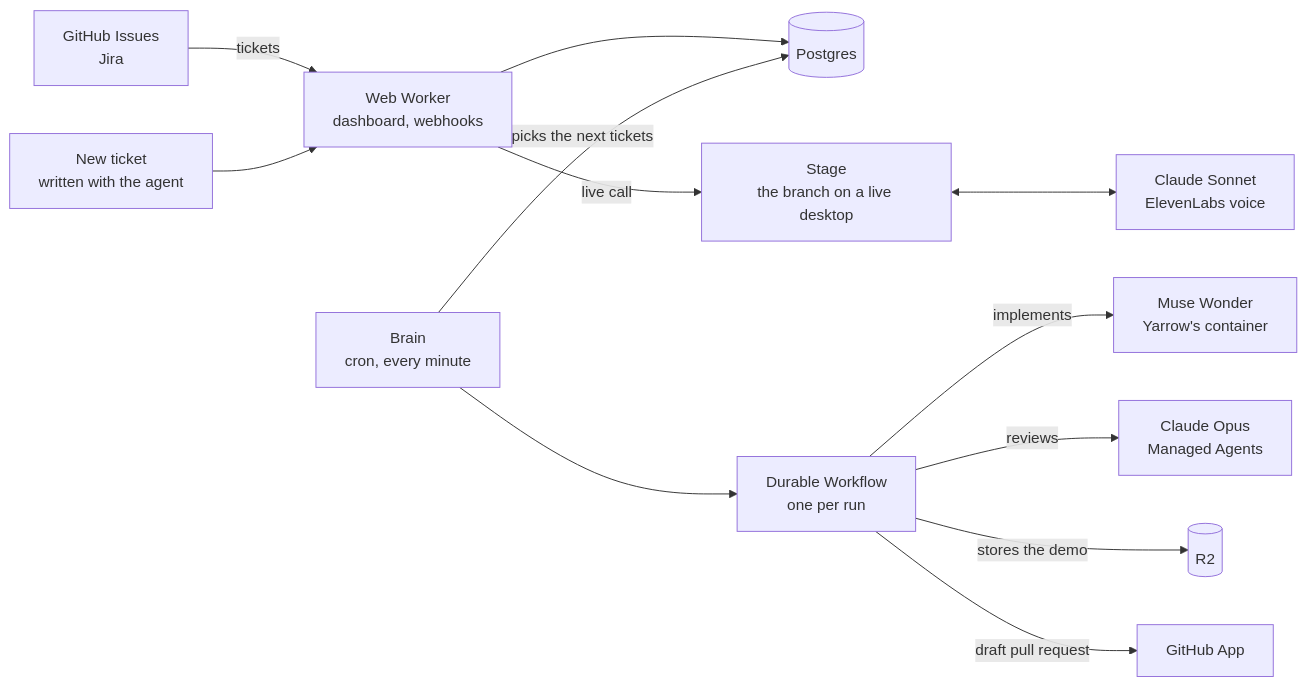
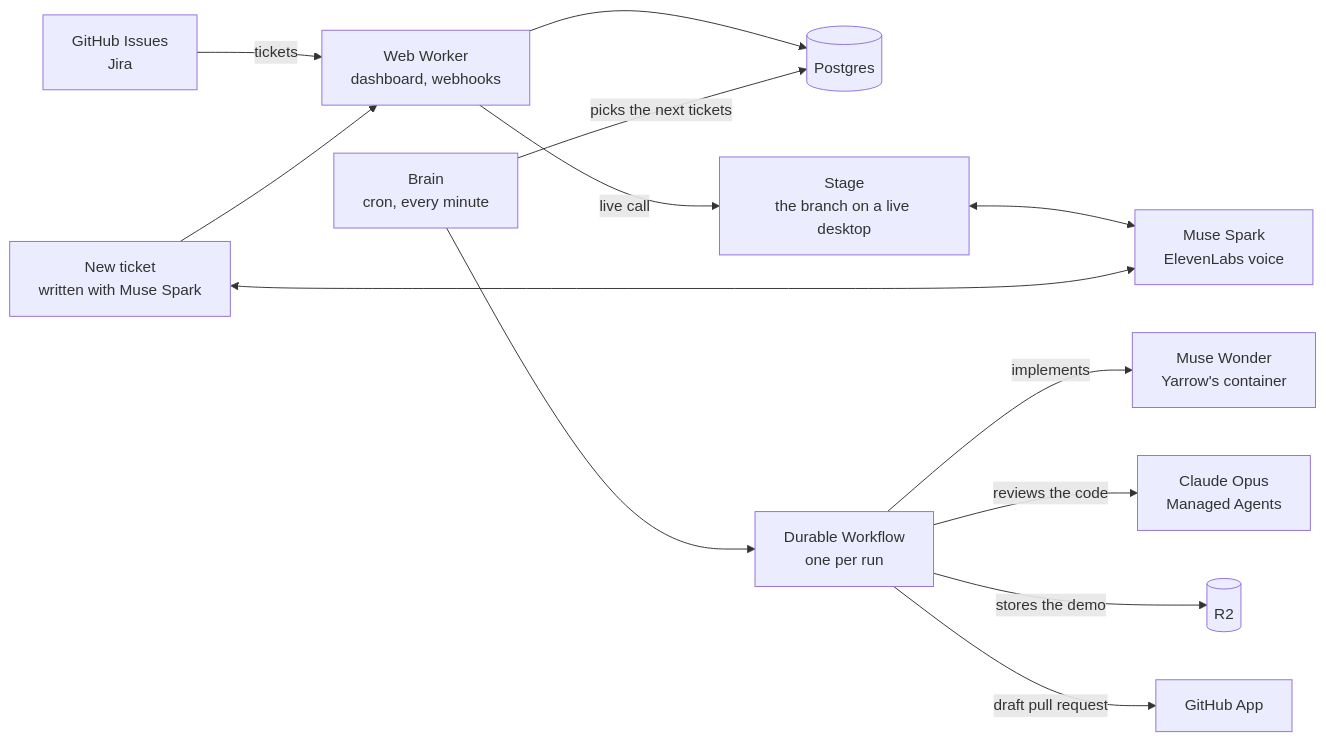
The diagram in README.md (KevTale/yarrow), drawn with Mermaid before and after one commit. The commit also changed other lines of this file and 1 other file, not shown here.

Commit message:
The README names where each model works: Muse Spark writes tickets and answers on the demo, Muse Wonder implements, Claude Opus reviews its code

````diff
--- a/README.md
+++ b/README.md
@@ -39,14 +39,15 @@
 ```mermaid
 flowchart LR
   TR["GitHub Issues<br/>Jira"] -->|tickets| WEB
-  NEW["New ticket<br/>written with the agent"] --> WEB
+  NEW["New ticket<br/>written with Muse Spark"] --> WEB
   WEB["Web Worker<br/>dashboard, webhooks"] --> DB[("Postgres")]
   CRON["Brain<br/>cron, every minute"] -->|picks the next tickets| DB
   CRON --> RUN["Durable Workflow<br/>one per run"]
   RUN -->|implements| IMPL["Muse Wonder<br/>Yarrow's container"]
-  RUN -->|reviews| REV["Claude Opus<br/>Managed Agents"]
+  RUN -->|reviews the code| REV["Claude Opus<br/>Managed Agents"]
   RUN -->|stores the demo| R2[("R2")]
   RUN -->|draft pull request| GH["GitHub App"]
   WEB -->|live call| STAGE["Stage<br/>the branch on a live desktop"]
-  STAGE <--> TALK["Claude Sonnet<br/>ElevenLabs voice"]
+  STAGE <--> TALK["Muse Spark<br/>ElevenLabs voice"]
+  NEW <--> TALK
 ```
````
